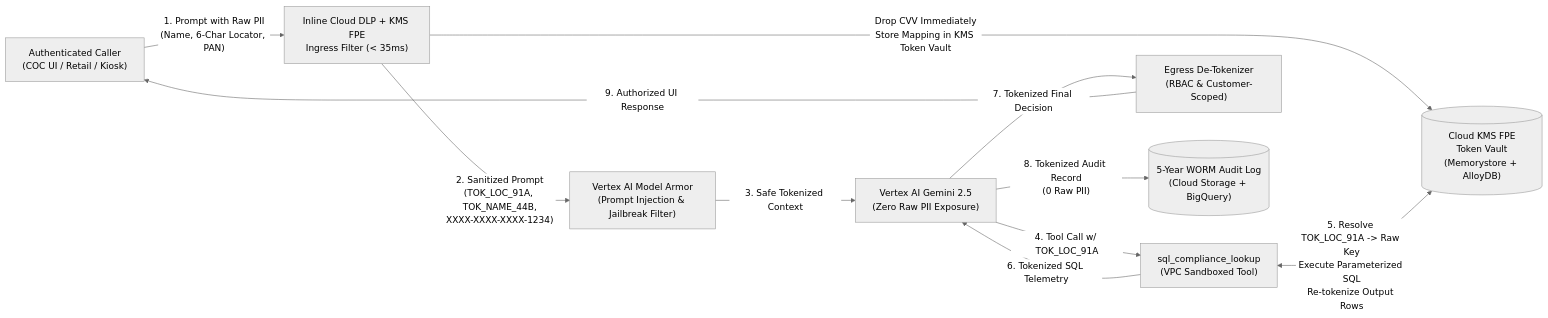
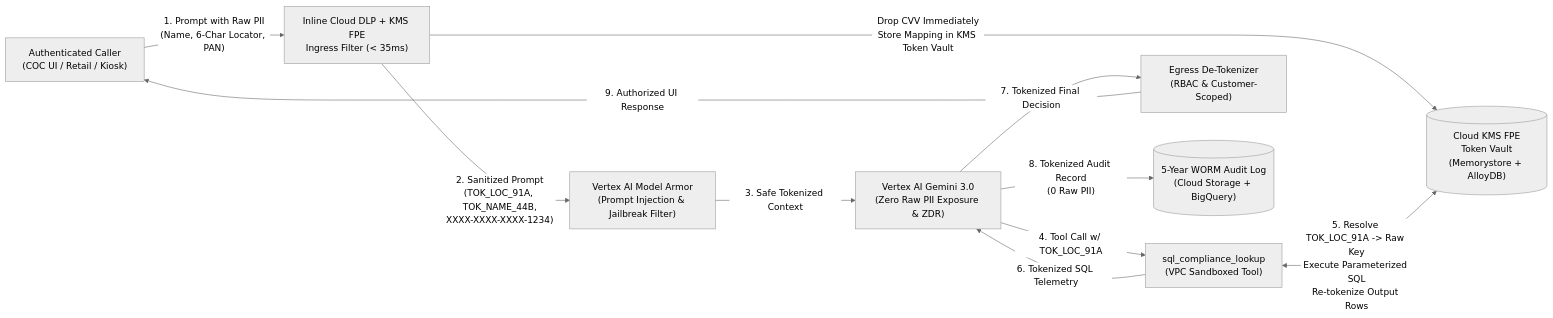
One commit to ashishnabira1976/cymbalbank changed the third of 8 diagrams in Cymbal_Bank_Solution_Design_Document.md. Above: the diagram before and after it, drawn with Mermaid (neutral theme). The commit also changed other lines of this file, not shown here.

````diff
--- a/Cymbal_Bank_Solution_Design_Document.md
+++ b/Cymbal_Bank_Solution_Design_Document.md
@@ -252,13 +384,13 @@
 ```mermaid
 flowchart LR
     Caller["Authenticated Caller<br/>(COC UI / Retail / Kiosk)"] -->|"1. Prompt with Raw PII<br/>(Name, 6-Char Locator, PAN)"| DLP_In["Inline Cloud DLP + KMS FPE<br/>Ingress Filter (< 35ms)"]
     DLP_In -->|"Drop CVV Immediately<br/>Store Mapping in KMS Token Vault"| Vault[("Cloud KMS FPE<br/>Token Vault<br/>(Memorystore + AlloyDB)")]
     DLP_In -->|"2. Sanitized Prompt<br/>(TOK_LOC_91A, TOK_NAME_44B,<br/>XXXX-XXXX-XXXX-1234)"| Armor["Vertex AI Model Armor<br/>(Prompt Injection & Jailbreak Filter)"]
-    Armor -->|"3. Safe Tokenized Context"| LLM["Vertex AI Gemini 2.5<br/>(Zero Raw PII Exposure)"]
+    Armor -->|"3. Safe Tokenized Context"| LLM["Vertex AI Gemini 3.0<br/>(Zero Raw PII Exposure & ZDR)"]
     LLM -->|"4. Tool Call w/ TOK_LOC_91A"| SQLTool["sql_compliance_lookup<br/>(VPC Sandboxed Tool)"]
     SQLTool <-->|"5. Resolve TOK_LOC_91A -> Raw Key<br/>Execute Parameterized SQL<br/>Re-tokenize Output Rows"| Vault
     SQLTool -->|"6. Tokenized SQL Telemetry"| LLM
     LLM -->|"7. Tokenized Final Decision"| DLP_Out["Egress De-Tokenizer<br/>(RBAC & Customer-Scoped)"]
     LLM -->|"8. Tokenized Audit Record<br/>(0 Raw PII)"| WORM[("5-Year WORM Audit Log<br/>(Cloud Storage + BigQuery)")]
     DLP_Out -->|"9. Authorized UI Response"| Caller
 ```
````
